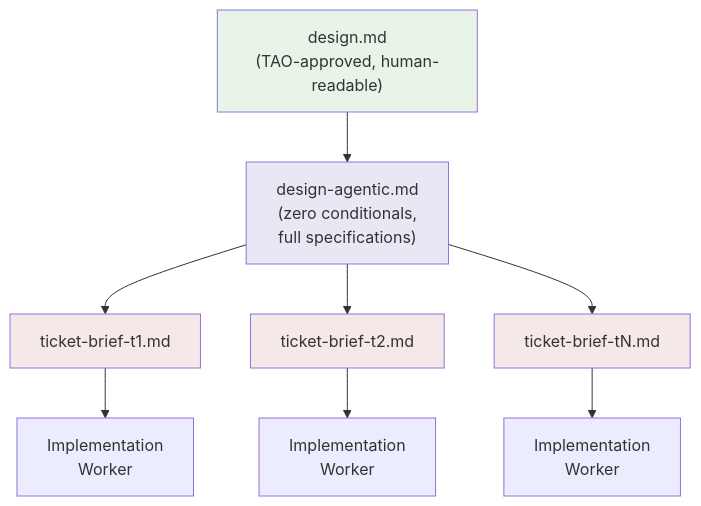
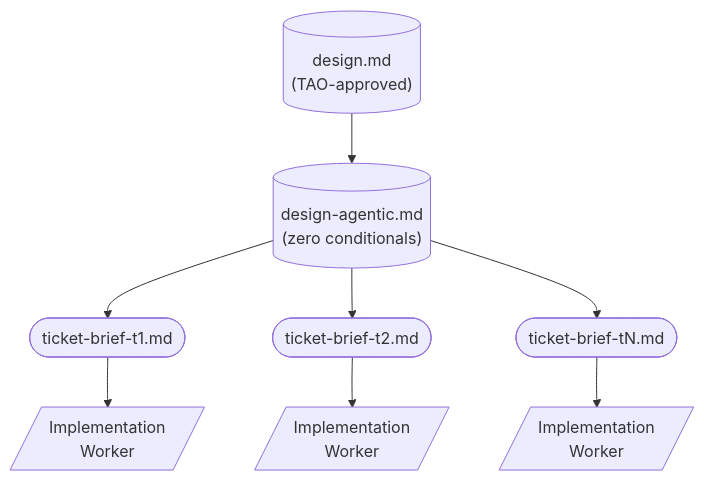
The fourth of 5 diagrams in docs/design-workflow.md (flox/forge-plugin), drawn with Mermaid before and after one commit. The commit also changed 3 other files, not shown here.

First line of the commit message:
fix(docs): replace background fills with distinct shapes in mermaid diagrams

````diff
--- a/docs/design-workflow.md
+++ b/docs/design-workflow.md
@@ -188,18 +188,12 @@
 ```mermaid
 flowchart TB
-    D["design.md<br/>(TAO-approved, human-readable)"]
-    D --> DA["design-agentic.md<br/>(zero conditionals,<br/>full specifications)"]
-    DA --> TB1["ticket-brief-t1.md"]
-    DA --> TB2["ticket-brief-t2.md"]
-    DA --> TBN["ticket-brief-tN.md"]
+    D[("design.md<br/>(TAO-approved)")]
+    D --> DA[("design-agentic.md<br/>(zero conditionals)")]
+    DA --> TB1(["ticket-brief-t1.md"])
+    DA --> TB2(["ticket-brief-t2.md"])
+    DA --> TBN(["ticket-brief-tN.md"])
 
-    TB1 --> W1["Implementation<br/>Worker"]
-    TB2 --> W2["Implementation<br/>Worker"]
-    TBN --> WN["Implementation<br/>Worker"]
-
-    style D fill:#e8f4e8
-    style DA fill:#e8e8f4
-    style TB1 fill:#f4e8e8
-    style TB2 fill:#f4e8e8
-    style TBN fill:#f4e8e8
+    TB1 --> W1[/"Implementation<br/>Worker"/]
+    TB2 --> W2[/"Implementation<br/>Worker"/]
+    TBN --> WN[/"Implementation<br/>Worker"/]
 ```
````
